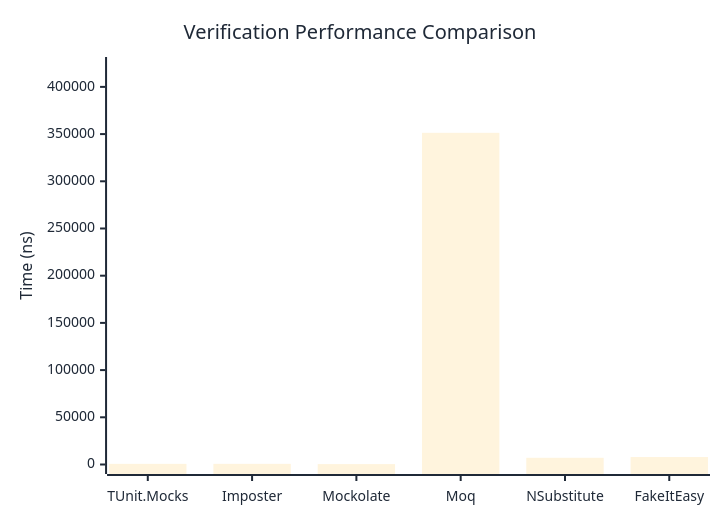
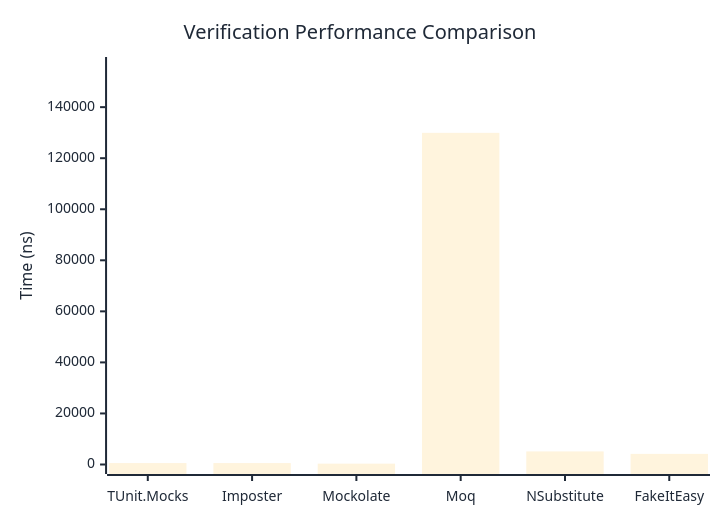
Before and after one commit to thomhurst/TUnit: the first of 3 diagrams in docs/docs/benchmarks/mocks/Verification.md, drawn with Mermaid. The commit also changed other lines of this file and 14 other files, not shown here.

````diff
--- a/docs/docs/benchmarks/mocks/Verification.md
+++ b/docs/docs/benchmarks/mocks/Verification.md
@@ -30,27 +30,27 @@
 ```mermaid
 %%{init: {
   'theme':'base',
   'themeVariables': {
     'primaryColor': '#2563eb',
     'primaryTextColor': '#1f2937',
     'primaryBorderColor': '#1e40af',
     'lineColor': '#6b7280',
     'secondaryColor': '#7c3aed',
     'tertiaryColor': '#dc2626',
     'background': '#ffffff',
     'pie1': '#2563eb',
     'pie2': '#7c3aed',
     'pie3': '#dc2626',
     'pie4': '#f59e0b',
     'pie5': '#10b981',
     'pie6': '#06b6d4',
     'pie7': '#ec4899',
     'pie8': '#6366f1'
   }
 }}%%
 xychart-beta
   title "Verification Performance Comparison"
   x-axis ["TUnit.Mocks", "Imposter", "Mockolate", "Moq", "NSubstitute", "FakeItEasy"]
-  y-axis "Time (ns)" 0 --> 421590
-  bar [695.88, 705.19, 422.46, 351324.77, 7107.63, 7895.17]
+  y-axis "Time (ns)" 0 --> 155927
+  bar [560.25, 557.45, 334.19, 129938.52, 5127.77, 4166.58]
 ```
````
